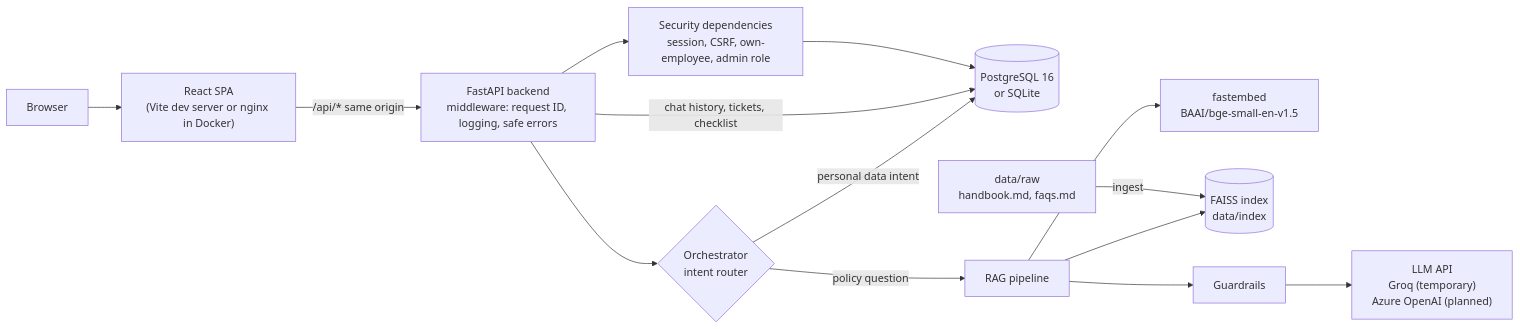
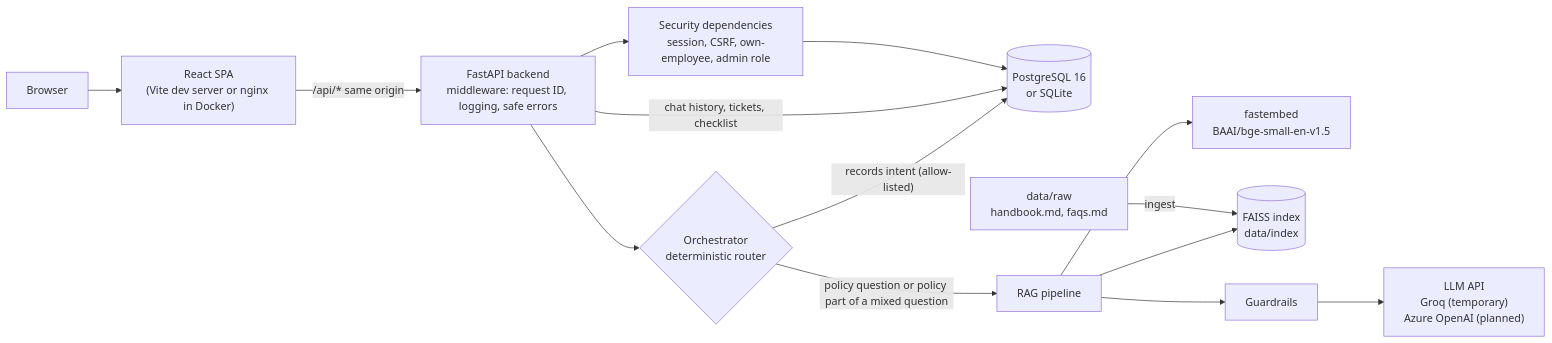
One commit to Eliksha/employee-onboarding-assistant changed the first of 4 diagrams in docs/architecture.md. Above: the diagram before and after it, drawn with Mermaid. The commit also changed other lines of this file and 11 other files, not shown here.

First line of the commit message:
Feat: implement hybrid SQL and RAG chat orchestration

````diff
--- a/docs/architecture.md
+++ b/docs/architecture.md
@@ -7,16 +7,16 @@
 ```mermaid
 flowchart LR
     user["Browser"] --> fe["React SPA<br/>(Vite dev server or nginx in Docker)"]
     fe -->|"/api/* same origin"| api["FastAPI backend<br/>middleware: request ID, logging, safe errors"]
-    api --> orch{"Orchestrator<br/>intent router"}
-    orch -->|"personal data intent"| edb[("PostgreSQL 16<br/>or SQLite")]
-    orch -->|"policy question"| rag["RAG pipeline"]
+    api --> orch{"Orchestrator<br/>deterministic router"}
+    orch -->|"records intent (allow-listed)"| edb[("PostgreSQL 16<br/>or SQLite")]
+    orch -->|"policy question or policy part of a mixed question"| rag["RAG pipeline"]
     rag --> emb["fastembed<br/>BAAI/bge-small-en-v1.5"]
     rag --> idx[("FAISS index<br/>data/index")]
     rag --> guard["Guardrails"]
     guard --> llm["LLM API<br/>Groq (temporary)<br/>Azure OpenAI (planned)"]
     api -->|"chat history, tickets, checklist"| edb
     api --> sec["Security dependencies<br/>session, CSRF, own-employee, admin role"]
     sec --> edb
     raw["data/raw<br/>handbook.md, faqs.md"] -->|"ingest"| idx
 ```
````
